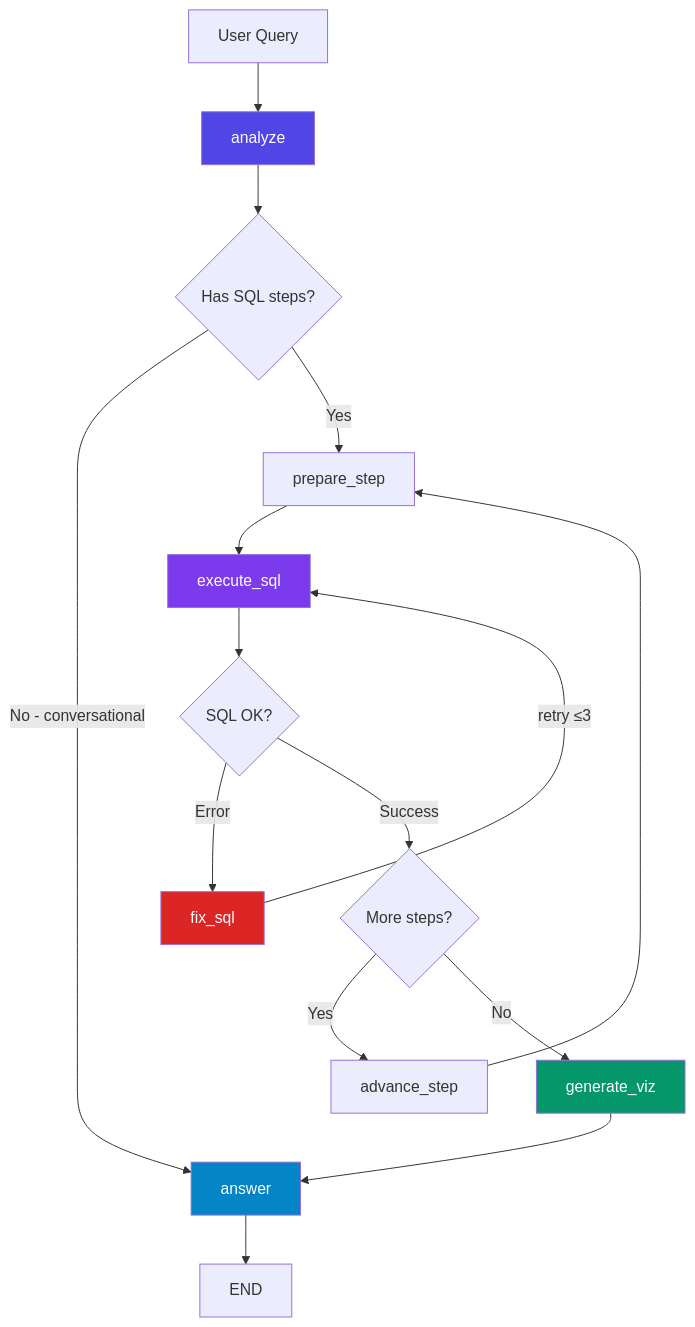
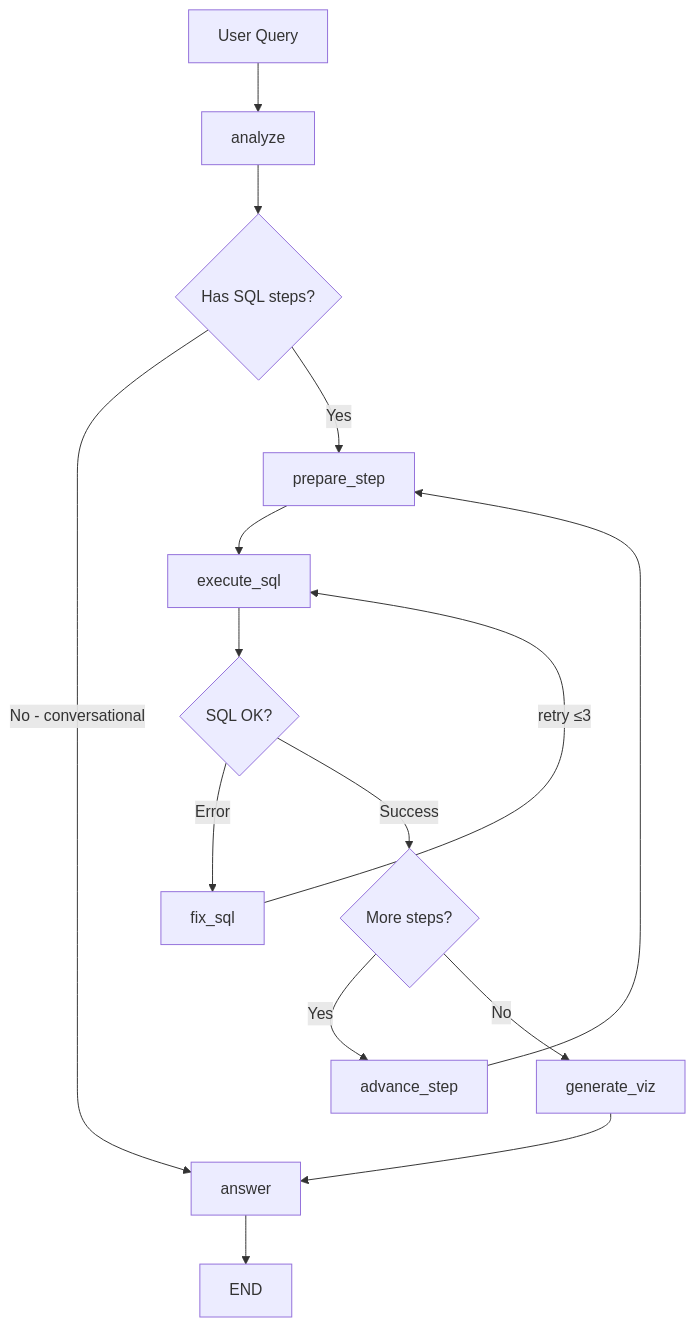
The diagram in README.md (shoryasethia/clrInsights), drawn with Mermaid before and after one commit.

Commit message:
style: remove custom colors from mermaid diagram

````diff
--- a/README.md
+++ b/README.md
@@ -22,23 +22,17 @@
 ```mermaid
 graph TD
     A[User Query] --> B[analyze]
     B --> C{Has SQL steps?}
     C -->|No - conversational| H[answer]
     C -->|Yes| D[prepare_step]
     D --> E[execute_sql]
     E --> F{SQL OK?}
     F -->|Error| G[fix_sql]
     G -->|retry ≤3| E
     F -->|Success| I{More steps?}
     I -->|Yes| J[advance_step]
     J --> D
     I -->|No| K[generate_viz]
     K --> H[answer]
     H --> L[END]
-
-    style B fill:#4f46e5,color:#fff
-    style E fill:#7c3aed,color:#fff
-    style K fill:#059669,color:#fff
-    style H fill:#0284c7,color:#fff
-    style G fill:#dc2626,color:#fff
 ```
````
